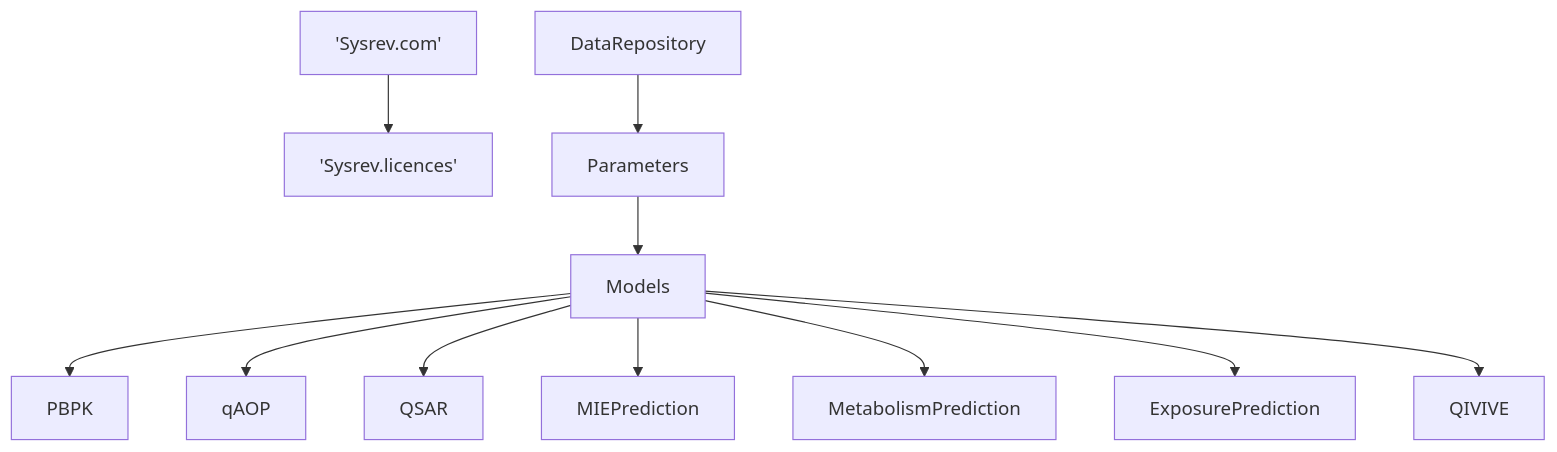
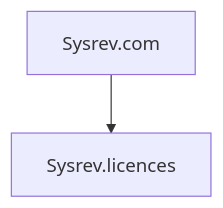
The diagram in Sysrev.md (VHP4Safety/workflows), drawn with Mermaid before and after one commit.

````diff
--- a/Sysrev.md
+++ b/Sysrev.md
@@ -1,13 +1,6 @@
 ```mermaid
 graph TD
-  'Sysrev.com'-->'Sysrev.licences'
-  DataRepository-->Parameters
-  Parameters-->Models
-  Models-->PBPK
-  Models-->qAOP
-  Models-->QSAR
-  Models-->MIEPrediction
-  Models-->MetabolismPrediction
-  Models-->ExposurePrediction
-  Models-->QIVIVE
+  Sysrev.com-->Sysrev.licences
+  
+  
 ```
````
